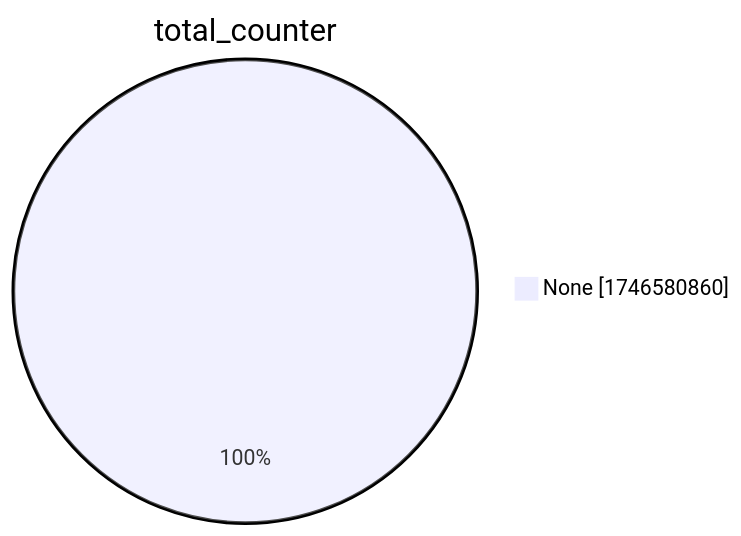
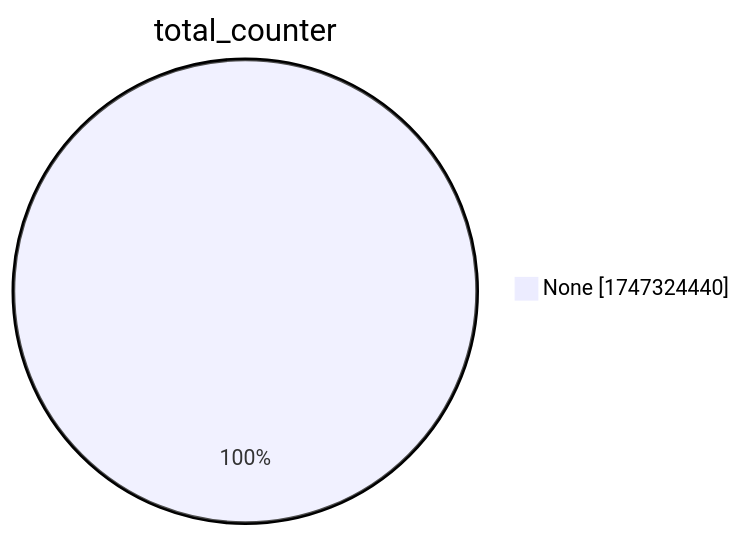
The second of 15 diagrams in xenon2022/README.md (christiankrug/ctmonitor_visualization), drawn with Mermaid before and after one commit. The commit also changed other lines of this file, not shown here.

````diff
--- a/xenon2022/README.md
+++ b/xenon2022/README.md
@@ -9,5 +9,5 @@
 ```mermaid
 pie showData
 title total_counter
-"None" :1746580860
+"None" :1747324440
 ```
````
